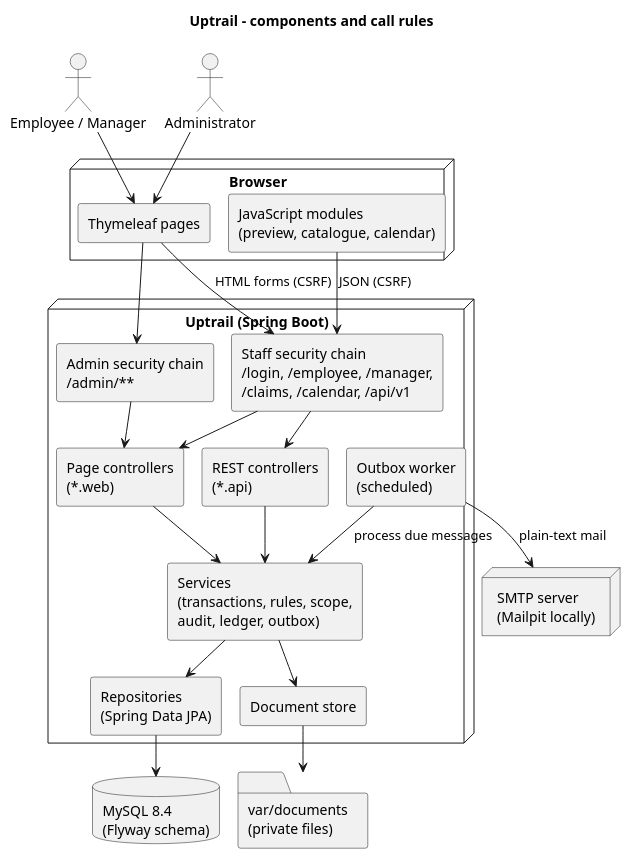
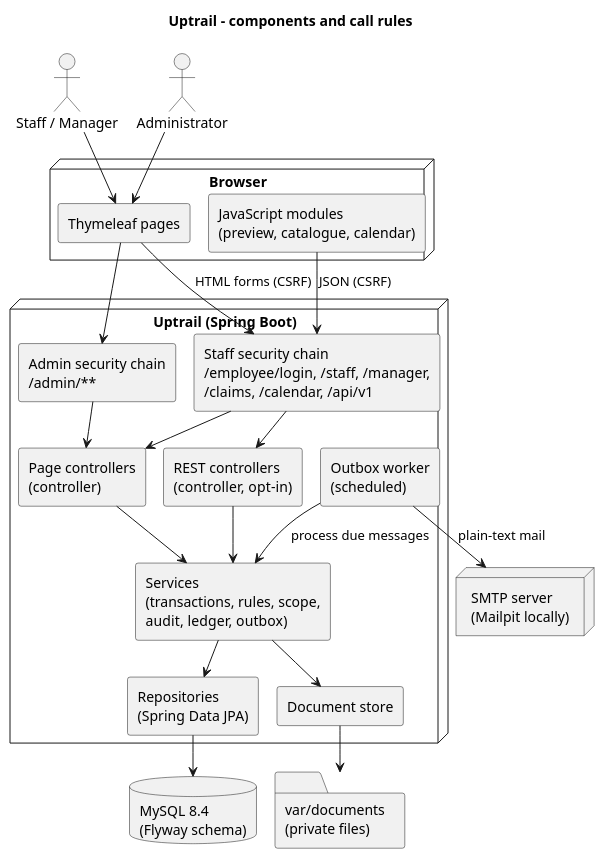
Before and after one commit to narmi924/Uptrail: the diagram in docs/diagrams/architecture.puml, drawn with PlantUML. The commit also changed 341 other files, not shown here.

Commit message:
Align Uptrail with the CATS user hierarchy and MVC flow

```diff
--- a/docs/diagrams/architecture.puml
+++ b/docs/diagrams/architecture.puml
@@ -1,47 +1,47 @@
 @startuml architecture
 !pragma layout smetana
 title Uptrail - components and call rules
 skinparam componentStyle rectangle
 skinparam shadowing false
 skinparam defaultFontName Arial
 
-actor "Employee / Manager" as staff
+actor "Staff / Manager" as staff
 actor "Administrator" as admin
 
 node "Browser" {
   [Thymeleaf pages] as pages
   [JavaScript modules\n(preview, catalogue, calendar)] as js
 }
 
 node "Uptrail (Spring Boot)" {
-  [Staff security chain\n/login, /employee, /manager,\n/claims, /calendar, /api/v1] as staffChain
+  [Staff security chain\n/employee/login, /staff, /manager,\n/claims, /calendar, /api/v1] as staffChain
   [Admin security chain\n/admin/**] as adminChain
-  [Page controllers\n(*.web)] as web
-  [REST controllers\n(*.api)] as api
+  [Page controllers\n(controller)] as web
+  [REST controllers\n(controller, opt-in)] as api
   [Services\n(transactions, rules, scope,\naudit, ledger, outbox)] as services
   [Repositories\n(Spring Data JPA)] as repos
   [Outbox worker\n(scheduled)] as worker
   [Document store] as docs
 }
 
 database "MySQL 8.4\n(Flyway schema)" as db
 folder "var/documents\n(private files)" as files
 node "SMTP server\n(Mailpit locally)" as smtp
 
 staff --> pages
 admin --> pages
 pages --> staffChain : HTML forms (CSRF)
 js --> staffChain : JSON (CSRF)
 pages --> adminChain
 staffChain --> web
 staffChain --> api
 adminChain --> web
 web --> services
 api --> services
 services --> repos
 services --> docs
 repos --> db
 docs --> files
 worker --> services : process due messages
 worker --> smtp : plain-text mail
 @enduml
```
